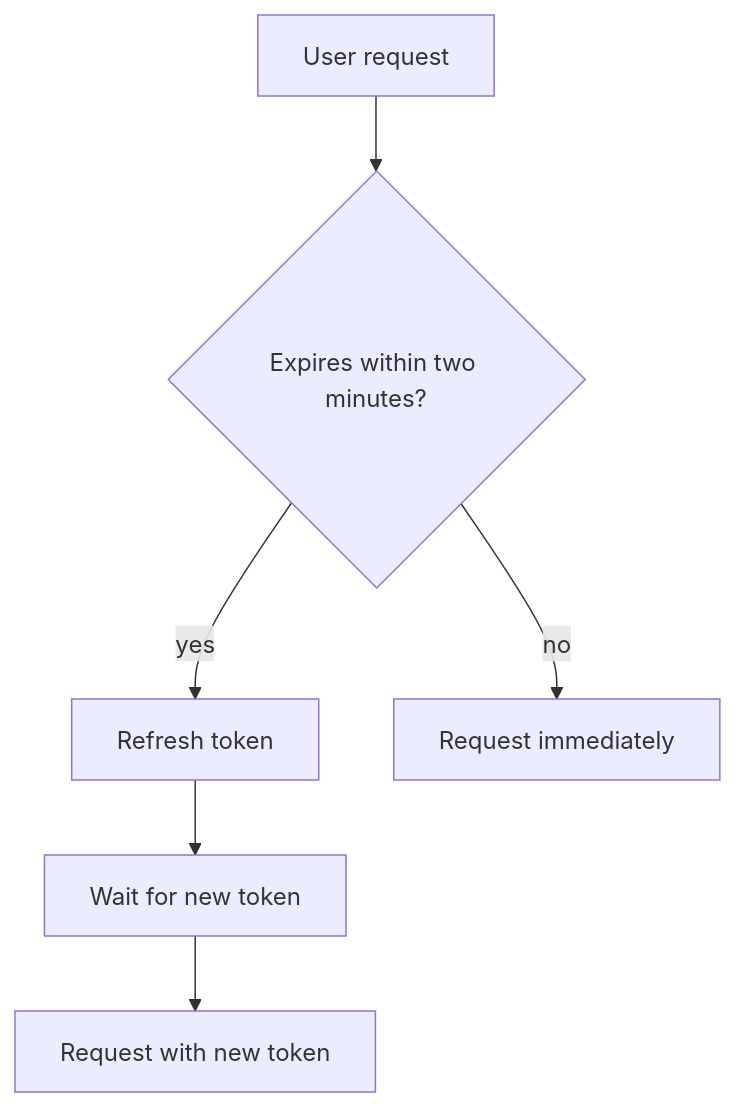
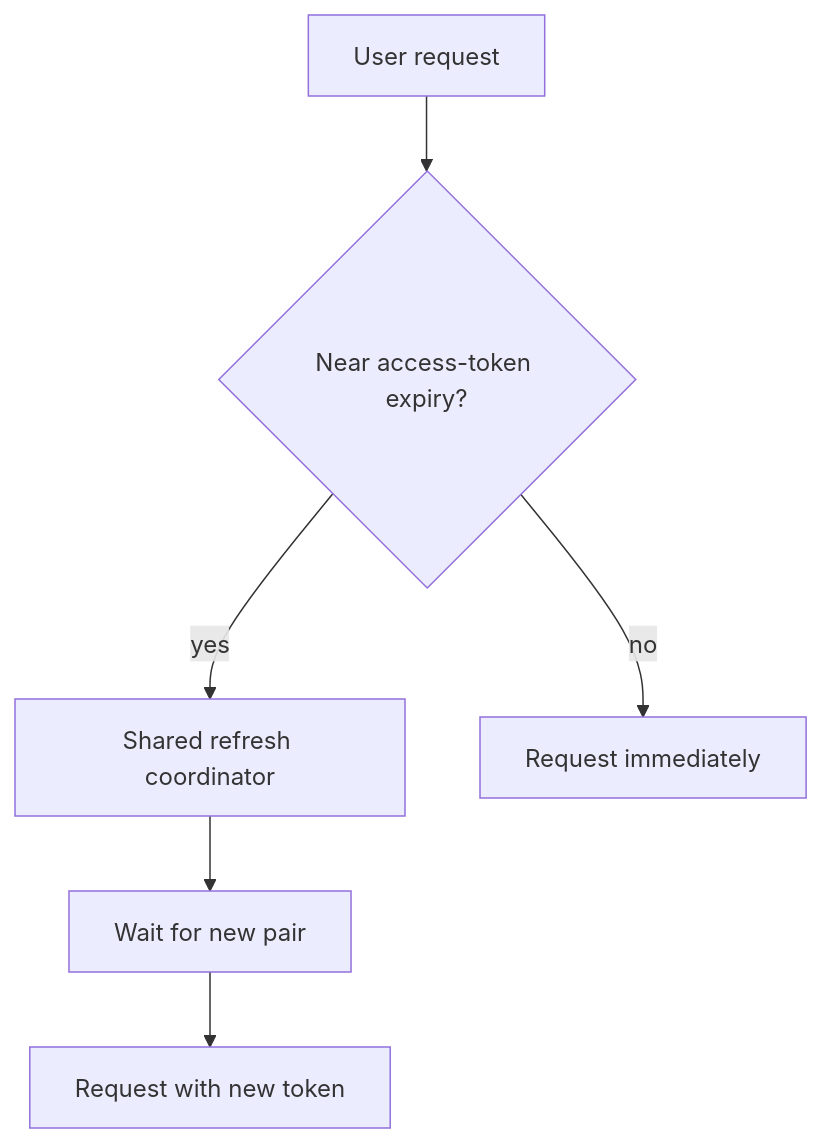
One commit to mhasabalah/StarterKit changed the second of 5 diagrams in wiki/Identity/jwt/TokenRefreshStrategies.md. Above: the diagram before and after it, drawn with Mermaid. The commit also changed other lines of this file and 7 other files, not shown here.

````diff
--- a/wiki/Identity/jwt/TokenRefreshStrategies.md
+++ b/wiki/Identity/jwt/TokenRefreshStrategies.md
@@ -185,6 +50,8 @@
 ```mermaid
 flowchart TB
-  U[User request] --> E{Expires within two minutes?}
-  E -->|yes| R[Refresh token] --> W[Wait for new token] --> N[Request with new token]
+  U[User request] --> E{Near access-token expiry?}
+  E -->|yes| R[Shared refresh coordinator]
+  R --> W[Wait for new pair]
+  W --> N[Request with new token]
   E -->|no| A[Request immediately]
 ```
````
